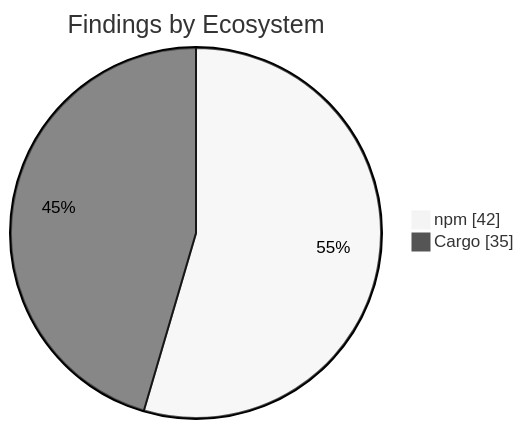
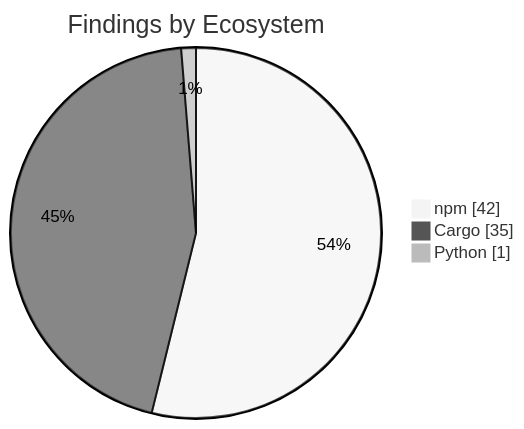
The second of 2 diagrams in apps/kbve/astro-kbve/src/content/docs/dashboard/security.mdx (KBVE/kbve), drawn with Mermaid (neutral theme) before and after one commit. The commit also changed other lines of this file and 7 other files, not shown here.

````diff
--- a/apps/kbve/astro-kbve/src/content/docs/dashboard/security.mdx
+++ b/apps/kbve/astro-kbve/src/content/docs/dashboard/security.mdx
@@ -73,6 +73,7 @@
 ```mermaid
 pie showData
     title Findings by Ecosystem
     "npm" : 42
     "Cargo" : 35
+    "Python" : 1
 ```
````
